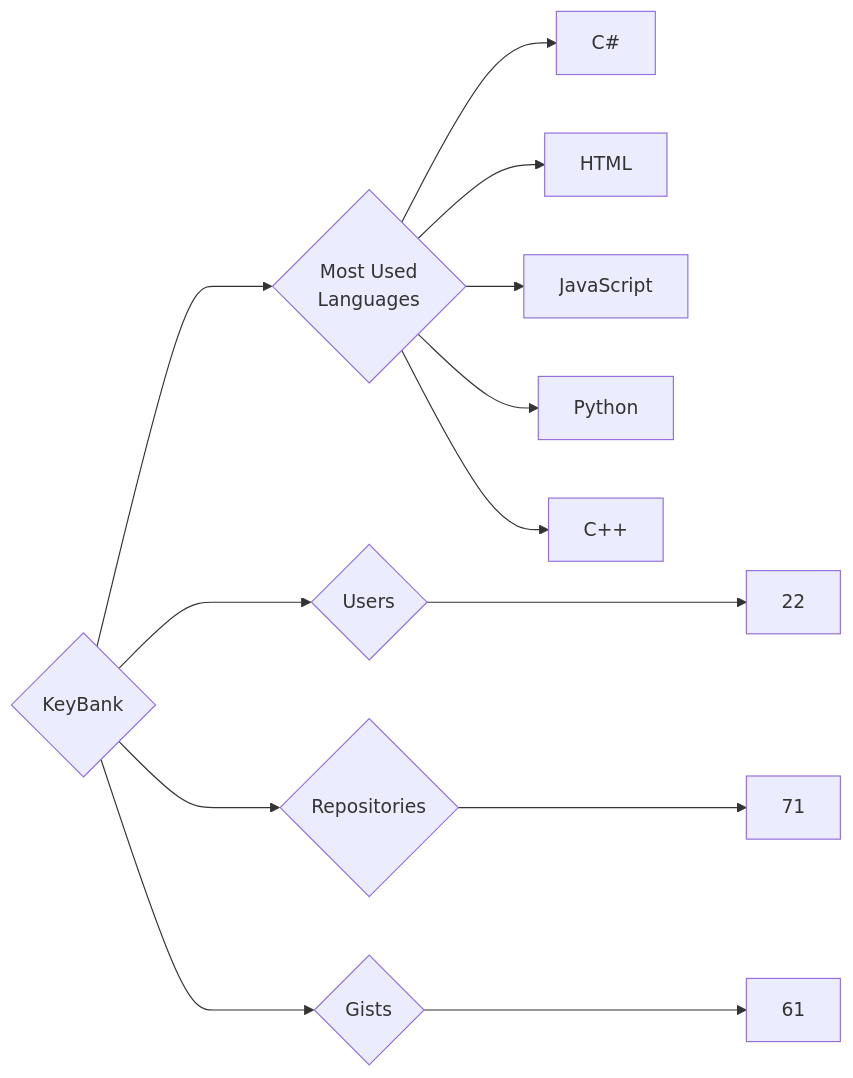
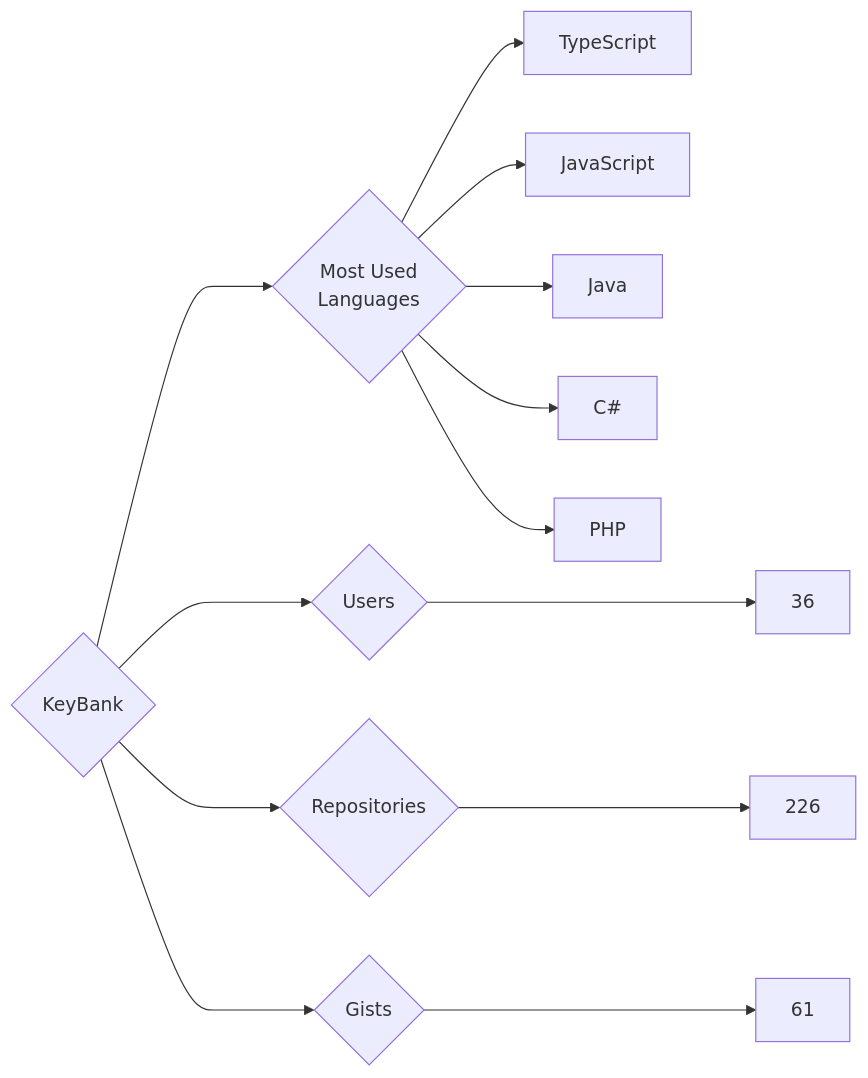
The diagram in targets/KeyBank/README.md (trickest/insiders), drawn with Mermaid before and after one commit. The commit also changed 749 other files, not shown here.

````diff
--- a/targets/KeyBank/README.md
+++ b/targets/KeyBank/README.md
@@ -3,13 +3,13 @@
 ```mermaid
 graph LR
 COMPANY_NAME{KeyBank}
-COMPANY_NAME ---> U{Users} ---> UN[22]
-COMPANY_NAME ---> R{Repositories} ---> RN[71]
+COMPANY_NAME ---> U{Users} ---> UN[36]
+COMPANY_NAME ---> R{Repositories} ---> RN[226]
 COMPANY_NAME ---> G{Gists} ---> GN[61]
 COMPANY_NAME ---> ML{Most Used<br>Languages}
+ML --> TypeScript[TypeScript]
+ML --> JavaScript[JavaScript]
+ML --> Java[Java]
 ML --> C#[C#]
-ML --> HTML[HTML]
-ML --> JavaScript[JavaScript]
-ML --> Python[Python]
-ML --> C++[C++]
+ML --> PHP[PHP]
 ```
````
